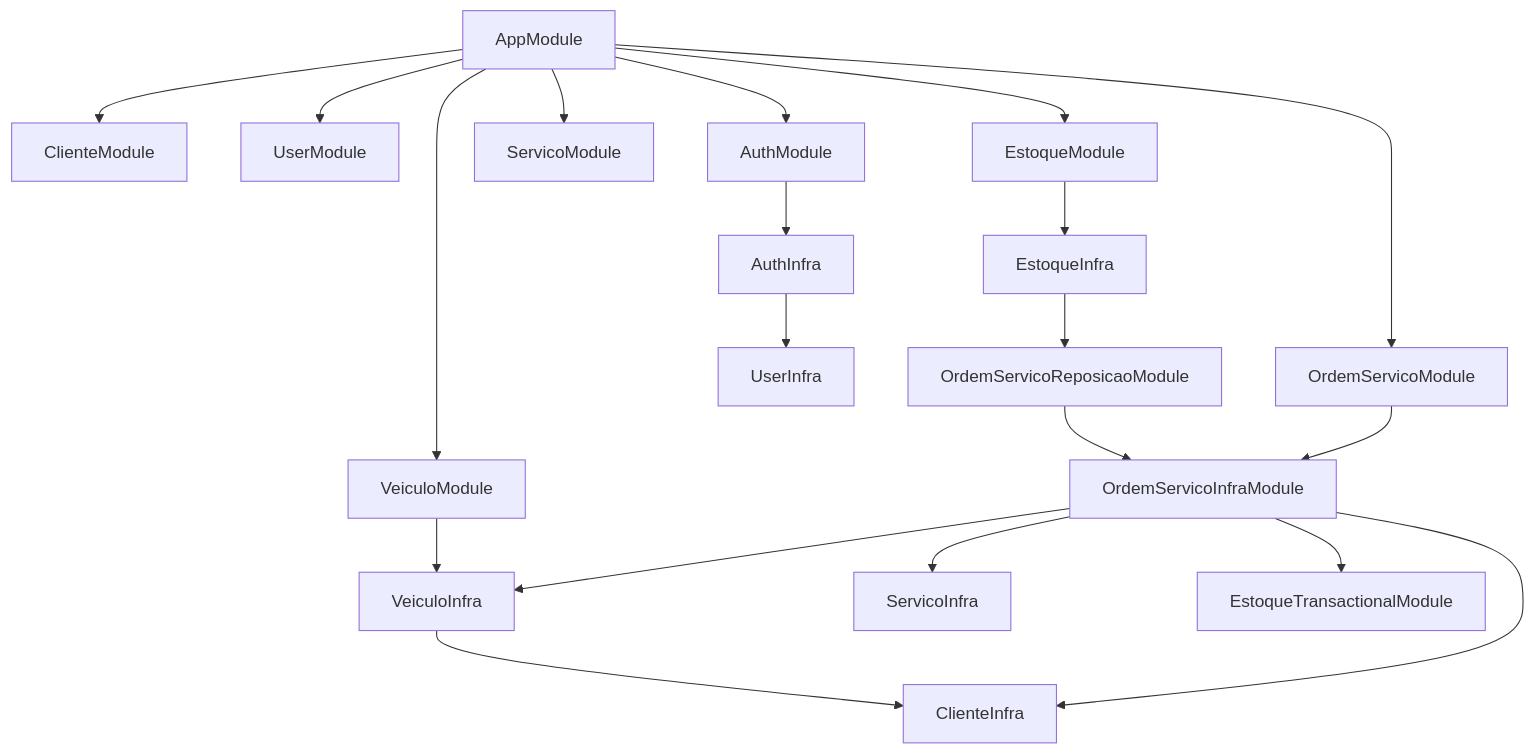
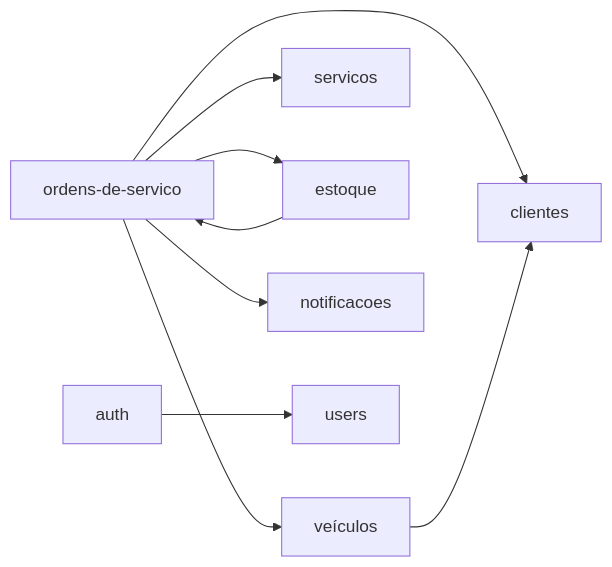
Before and after one commit to 32SOAT/oficina-mecanica-api: the third of 3 diagrams in docs/architecture/README.md, drawn with Mermaid. The commit also changed other lines of this file and 16 other files, not shown here.

````diff
--- a/docs/architecture/README.md
+++ b/docs/architecture/README.md
@@ -383,37 +188,11 @@
 ```mermaid
-
-flowchart TB
-
-  App[AppModule]
-
-
-
-  App --> Cliente[ClienteModule]
-
-  App --> Veiculo[VeiculoModule]
-
-  App --> User[UserModule]
-
-  App --> Auth[AuthModule]
-
-  App --> Servico[ServicoModule]
-
-  App --> Estoque[EstoqueModule]
-
-  App --> OS[OrdemServicoModule]
-
-
-
-  Auth --> AuthInfra --> UserInfra
-
-  Veiculo --> VeiculoInfra --> ClienteInfra
-
-  Estoque --> EstoqueInfra --> ReposMod[OrdemServicoReposicaoModule]
-
-  ReposMod --> OSInfra[OrdemServicoInfraModule]
-
-  OS --> OSInfra
-
-  OSInfra --> ClienteInfra & VeiculoInfra & ServicoInfra & EstoqueTx[EstoqueTransactionalModule]
-
+flowchart LR
+  OS[ordens-de-servico] --> C[clientes]
+  OS --> V[veículos]
+  OS --> S[servicos]
+  OS --> E[estoque]
+  OS --> N[notificacoes]
+  Auth[auth] --> Users[users]
+  V --> C
+  E --> OS
 ```
````
